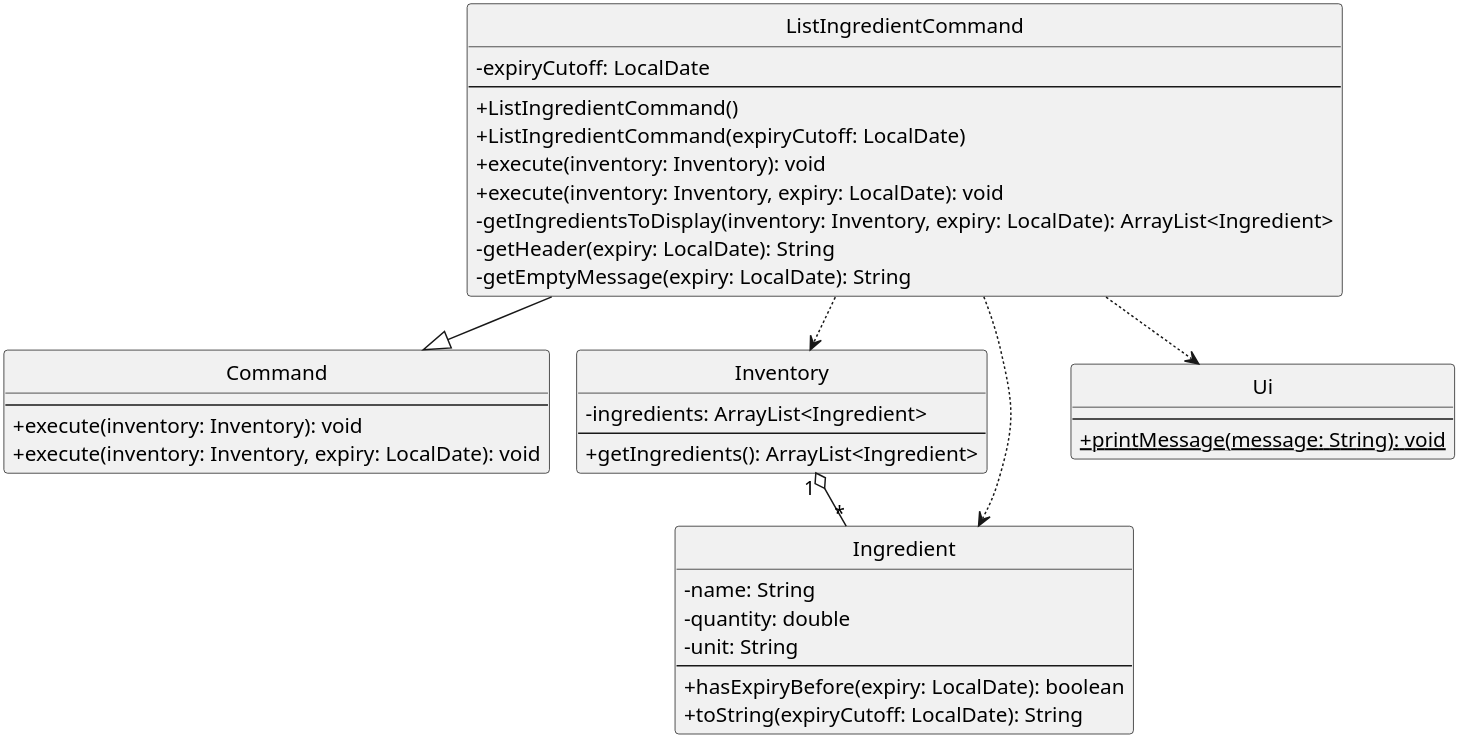
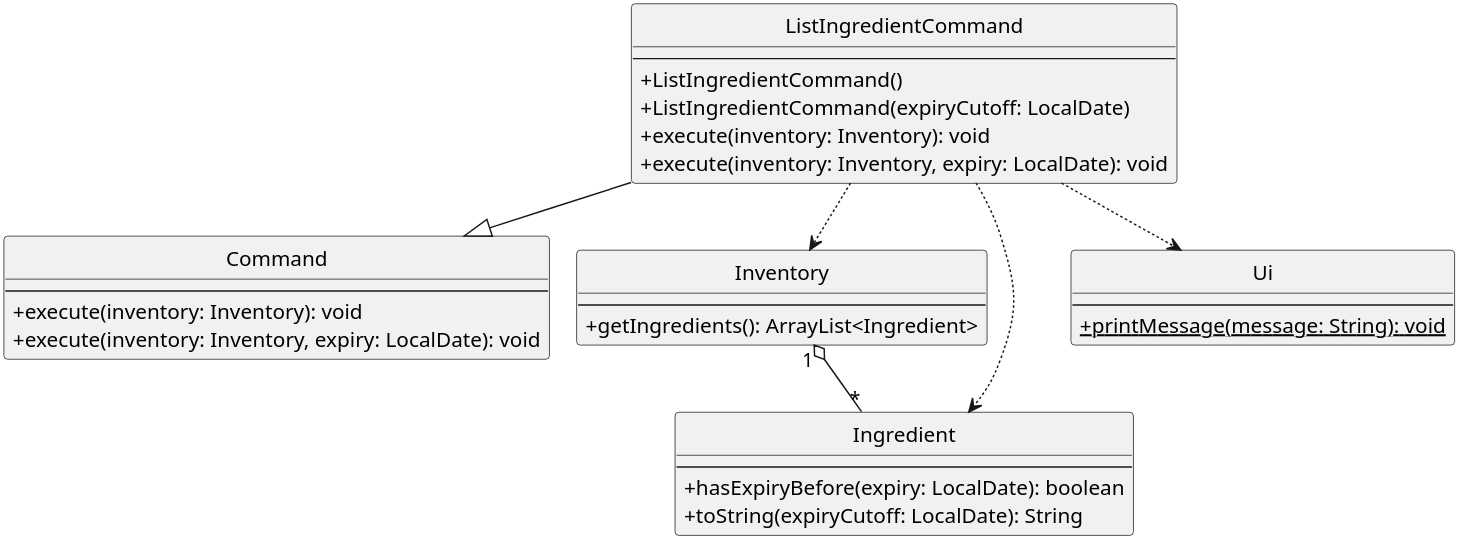
Before and after one commit to aidan17715/tp: the diagram in docs/team/ListIngredientsCD.puml, drawn with PlantUML. The commit also changed 5 other files, not shown here.

Commit message:
Simplify class diagrams

```diff
--- a/docs/team/ListIngredientsCD.puml
+++ b/docs/team/ListIngredientsCD.puml
@@ -1,56 +1,48 @@
 @startuml
 !pragma layout smetana
 scale 4
 hide circle
 skinparam classAttributeIconSize 0
 
 class Command {
     --
     + execute(inventory: Inventory): void
     + execute(inventory: Inventory, expiry: LocalDate): void
 }
 
 class ListIngredientCommand {
-    - expiryCutoff: LocalDate
     --
     + ListIngredientCommand()
     + ListIngredientCommand(expiryCutoff: LocalDate)
     + execute(inventory: Inventory): void
     + execute(inventory: Inventory, expiry: LocalDate): void
-    - getIngredientsToDisplay(inventory: Inventory, expiry: LocalDate): ArrayList<Ingredient>
-    - getHeader(expiry: LocalDate): String
-    - getEmptyMessage(expiry: LocalDate): String
 }
 
 class Inventory {
-    - ingredients: ArrayList<Ingredient>
     --
     + getIngredients(): ArrayList<Ingredient>
 }
 
 class Ingredient {
-    - name: String
-    - quantity: double
-    - unit: String
     --
     + hasExpiryBefore(expiry: LocalDate): boolean
     + toString(expiryCutoff: LocalDate): String
 }
 
 class Ui {
     --
     {static} + printMessage(message: String): void
 }
 
 ' Inheritance
 ListIngredientCommand --|> Command
 
 ' List flow dependencies
 ListIngredientCommand ..> Inventory
 ListIngredientCommand ..> Ingredient
 ListIngredientCommand ..> Ui
 
 ' Data relationship required by listing
 Inventory "1" o-- "*" Ingredient
 
 @enduml
```
